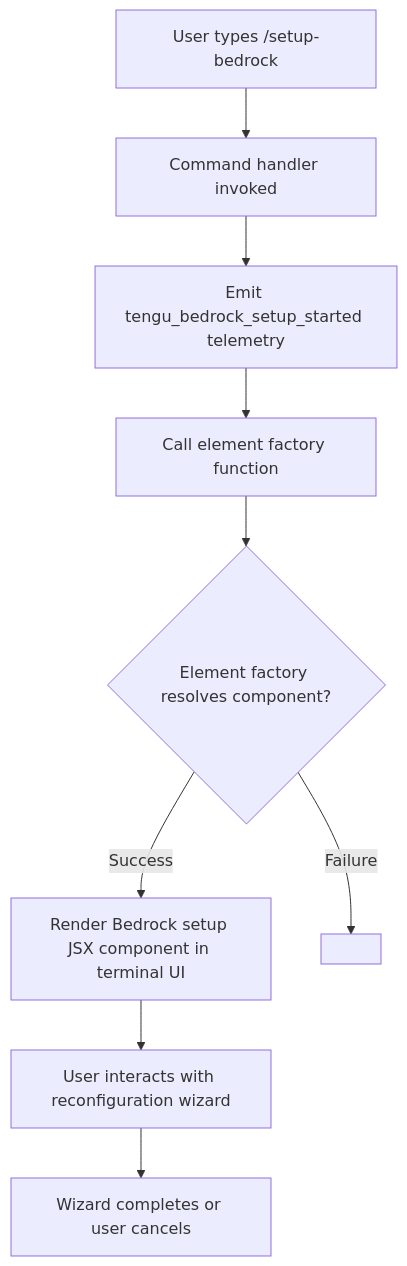
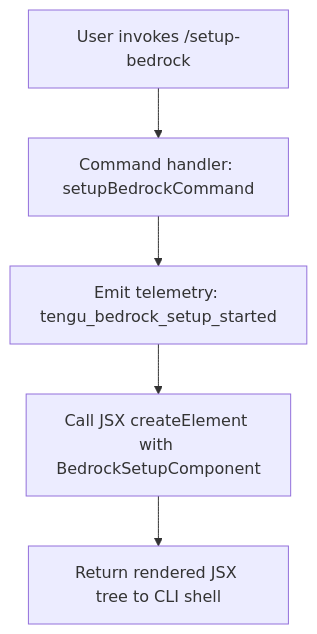
One commit to MyLittleLuckyDog/cc-gnothi changed the diagram in versions/v2.1.143/setup-bedrock.md. Above: the diagram before and after it, drawn with Mermaid. The commit also changed other lines of this file and 87 other files, not shown here.

````diff
--- a/versions/v2.1.143/setup-bedrock.md
+++ b/versions/v2.1.143/setup-bedrock.md
@@ -46,11 +46,7 @@
 ```mermaid
 flowchart TD
-    A[User types /setup-bedrock] --> B[Command handler invoked]
-    B --> C[Emit tengu_bedrock_setup_started telemetry]
-    C --> D[Call element factory function]
-    D --> E{Element factory resolves component?}
-    E -->|Success| F[Render Bedrock setup JSX component in terminal UI]
-    E -->|Failure| G[<!-- TODO: not found in depth-2 traversal; needs --depth 4 -->]
-    F --> H[User interacts with reconfiguration wizard]
-    H --> I[Wizard completes or user cancels]
+    A[User invokes /setup-bedrock] --> B[Command handler: setupBedrockCommand]
+    B --> C[Emit telemetry: tengu_bedrock_setup_started]
+    C --> D[Call JSX createElement with BedrockSetupComponent]
+    D --> E[Return rendered JSX tree to CLI shell]
 ```
````
